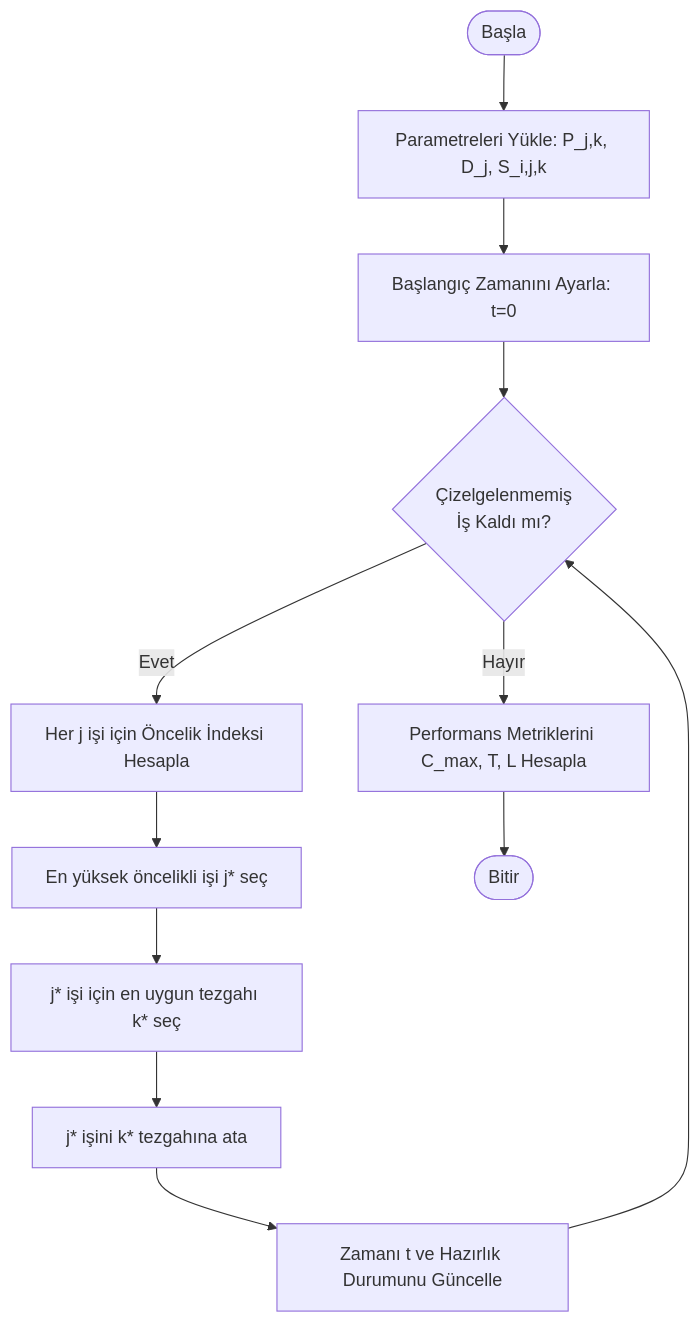
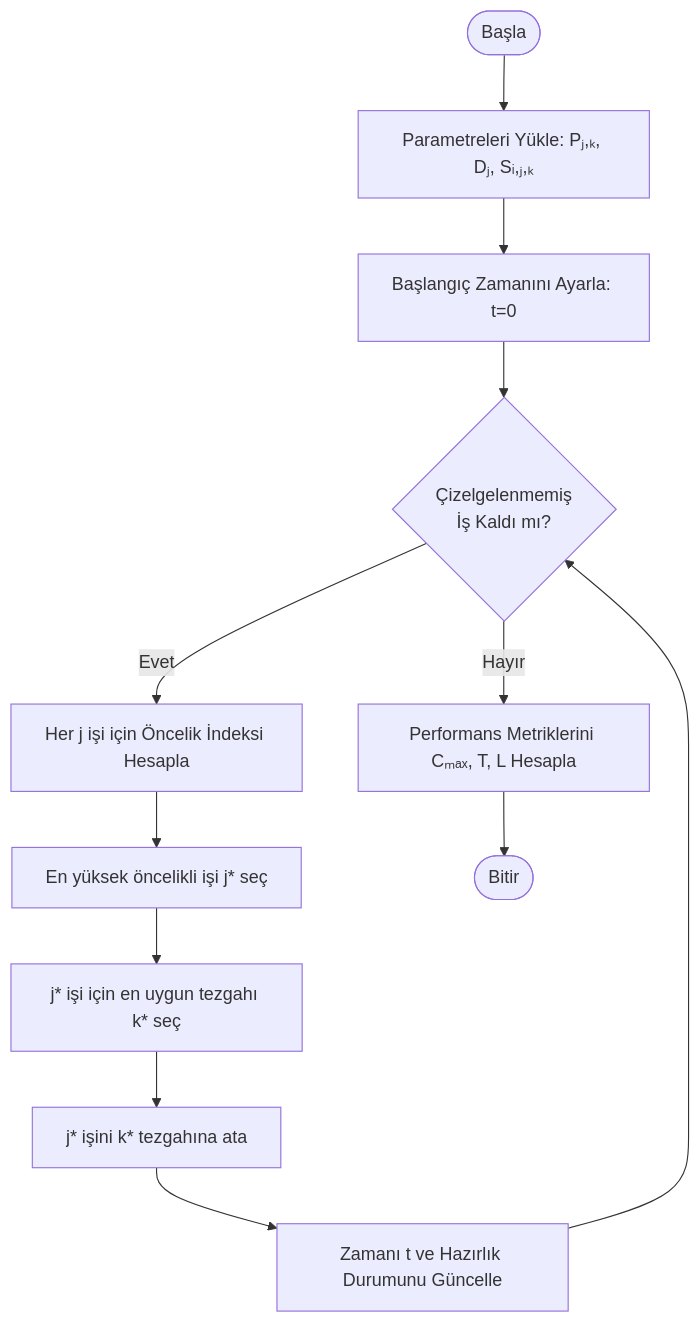
Before and after one commit to umuxt/END505E: the second of 3 diagrams in 10_uygulama_teorik_akis.md, drawn with Mermaid. The commit also changed other lines of this file and 23 other files, not shown here.

````diff
--- a/10_uygulama_teorik_akis.md
+++ b/10_uygulama_teorik_akis.md
@@ -77,16 +85,16 @@
 ```mermaid
 flowchart TD
-    Start([Başla]) --> Init[Parametreleri Yükle: P_j,k, D_j, S_i,j,k]
+    Start([Başla]) --> Init[Parametreleri Yükle: Pⱼ,ₖ, Dⱼ, Sᵢ,ⱼ,ₖ]
     Init --> SetParams[Başlangıç Zamanını Ayarla: t=0]
     SetParams --> Check{Çizelgelenmemiş <br> İş Kaldı mı?}
     
     Check -- Evet --> CalcPriority[Her j işi için Öncelik İndeksi Hesapla]
     CalcPriority --> SelectJob[En yüksek öncelikli işi j* seç]
     SelectJob --> SelectMachine[j* işi için en uygun tezgahı k* seç]
     SelectMachine --> AssignJob[j* işini k* tezgahına ata]
     AssignJob --> UpdateTime[Zamanı t ve Hazırlık Durumunu Güncelle]
     UpdateTime --> Check
     
-    Check -- Hayır --> CalcMetrics[Performans Metriklerini C_max, T, L Hesapla]
+    Check -- Hayır --> CalcMetrics[Performans Metriklerini Cₘₐₓ, T, L Hesapla]
     CalcMetrics --> End([Bitir])
 ```
````
